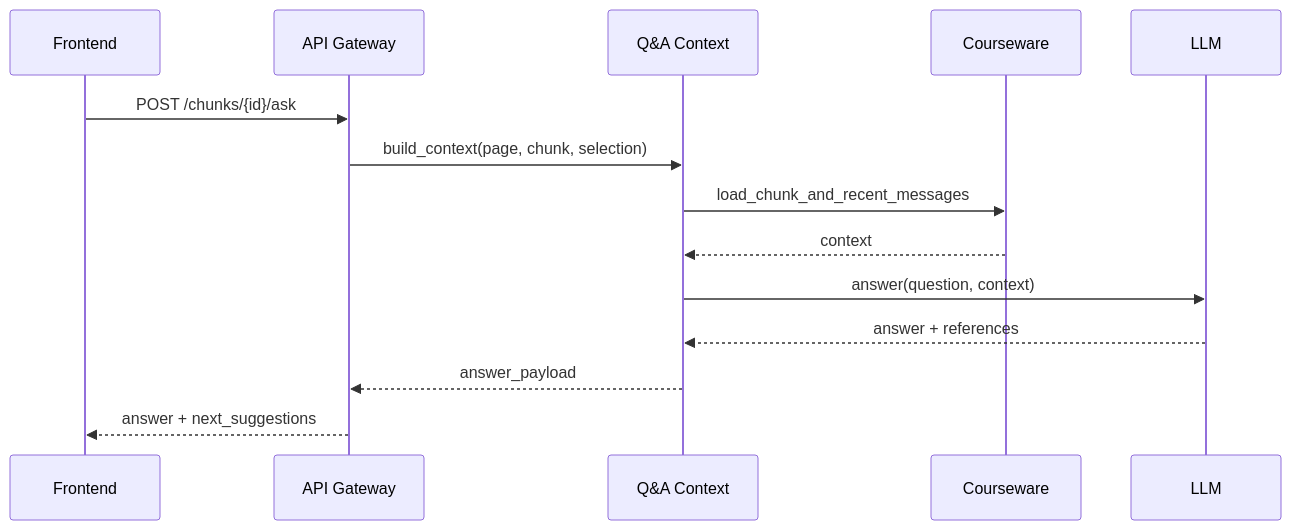
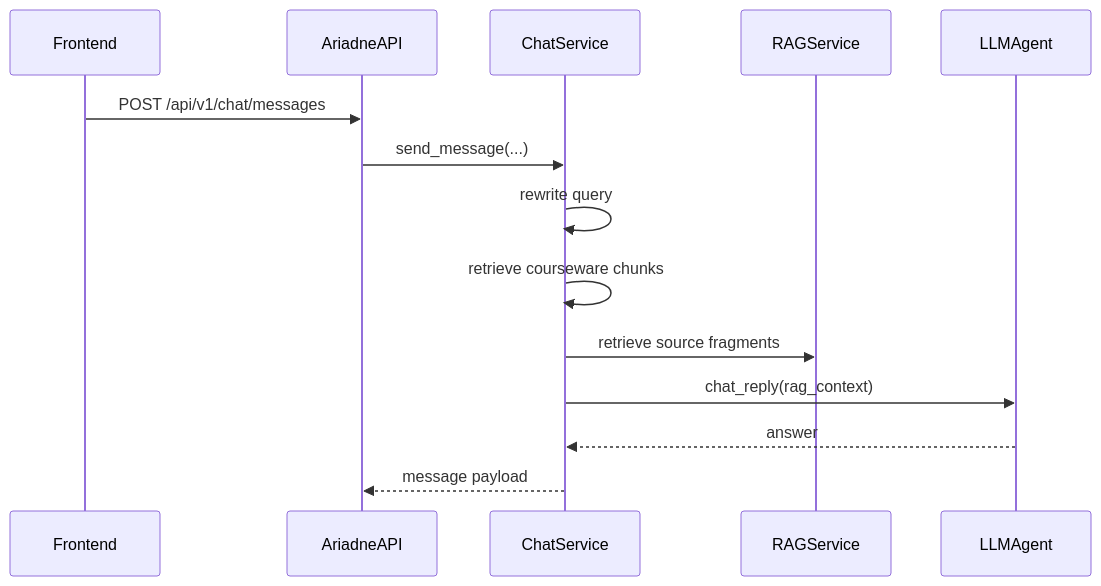
Before and after one commit to HerculeLiu/Ariadne: the fourth of 5 diagrams in 架构文档.md, drawn with Mermaid. The commit also changed other lines of this file and 2 other files, not shown here.

Commit message:
docs: align architecture and API docs with current implementation

````diff
--- a/架构文档.md
+++ b/架构文档.md
@@ -96,17 +270,17 @@
 ```mermaid
 sequenceDiagram
   participant UI as Frontend
-  participant GW as API Gateway
-  participant QA as Q&A Context
-  participant CW as Courseware
-  participant LLM as LLM
+  participant API as AriadneAPI
+  participant CHAT as ChatService
+  participant RAG as RAGService
+  participant LLM as LLMAgent
 
-  UI->>GW: POST /chunks/{id}/ask
-  GW->>QA: build_context(page, chunk, selection)
-  QA->>CW: load_chunk_and_recent_messages
-  CW-->>QA: context
-  QA->>LLM: answer(question, context)
-  LLM-->>QA: answer + references
-  QA-->>GW: answer_payload
-  GW-->>UI: answer + next_suggestions
+  UI->>API: POST /api/v1/chat/messages
+  API->>CHAT: send_message(...)
+  CHAT->>CHAT: rewrite query
+  CHAT->>CHAT: retrieve courseware chunks
+  CHAT->>RAG: retrieve source fragments
+  CHAT->>LLM: chat_reply(rag_context)
+  LLM-->>CHAT: answer
+  CHAT-->>API: message payload
 ```
````
